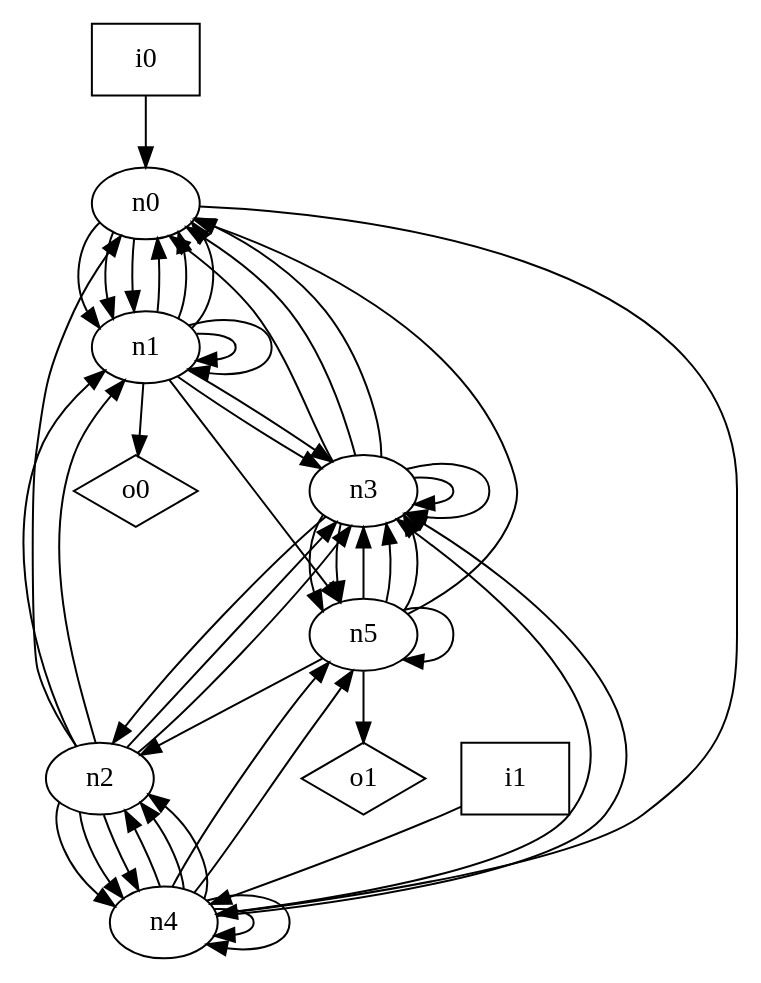
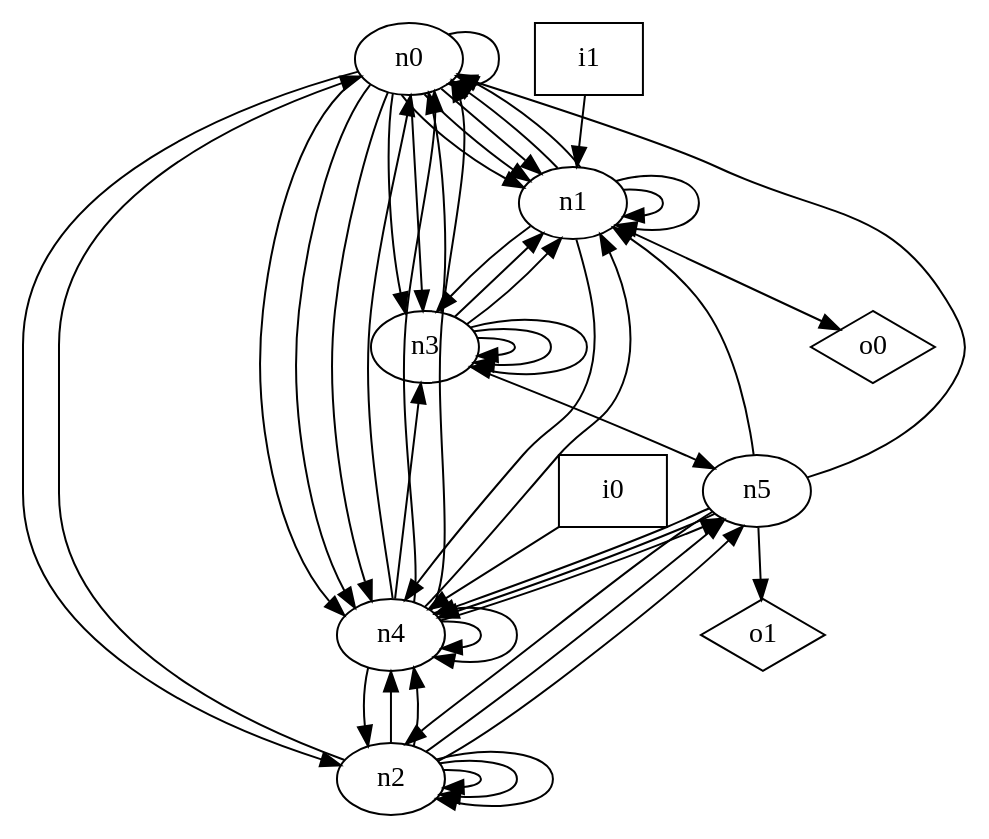
The diagram in dot_files/random_graph/graph.dot (p9romain/bool-circuits), drawn with Graphviz before and after one commit. The commit also changed 149 other files, not shown here.

```diff
--- a/dot_files/random_graph/graph.dot
+++ b/dot_files/random_graph/graph.dot
@@ -1,59 +1,61 @@
 digraph G {
 n0 [label="n0"];
 n1 [label="n1"];
 n2 [label="n2"];
 n3 [label="n3"];
 n4 [label="n4"];
 n5 [label="n5"];
 n6 [label="i0",shape="box"];
 n7 [label="i1",shape="box"];
 n8 [label="o0",shape="diamond"];
 n9 [label="o1",shape="diamond"];
+n0 -> n0
 n0 -> n1
 n0 -> n1
 n0 -> n1
+n0 -> n2
+n0 -> n3
+n0 -> n3
 n0 -> n4
-n1 -> n0
+n0 -> n4
+n0 -> n4
 n1 -> n0
 n1 -> n0
 n1 -> n1
 n1 -> n1
 n1 -> n3
-n1 -> n3
-n1 -> n5
+n1 -> n4
 n1 -> n8
 n2 -> n0
-n2 -> n1
-n2 -> n1
-n2 -> n3
-n2 -> n3
+n2 -> n2
+n2 -> n2
+n2 -> n2
 n2 -> n4
 n2 -> n4
-n2 -> n4
+n2 -> n5
+n2 -> n5
 n3 -> n0
-n3 -> n0
-n3 -> n0
-n3 -> n2
+n3 -> n1
+n3 -> n1
+n3 -> n3
 n3 -> n3
 n3 -> n3
 n3 -> n5
-n3 -> n5
+n4 -> n0
+n4 -> n0
+n4 -> n0
+n4 -> n1
 n4 -> n2
-n4 -> n2
-n4 -> n2
-n4 -> n3
 n4 -> n3
 n4 -> n4
 n4 -> n4
 n4 -> n5
-n4 -> n5
 n5 -> n0
+n5 -> n1
 n5 -> n2
-n5 -> n3
-n5 -> n3
-n5 -> n3
-n5 -> n5
+n5 -> n4
+n5 -> n4
 n5 -> n9
-n6 -> n0
-n7 -> n4
+n6 -> n4
+n7 -> n1
 }
```
